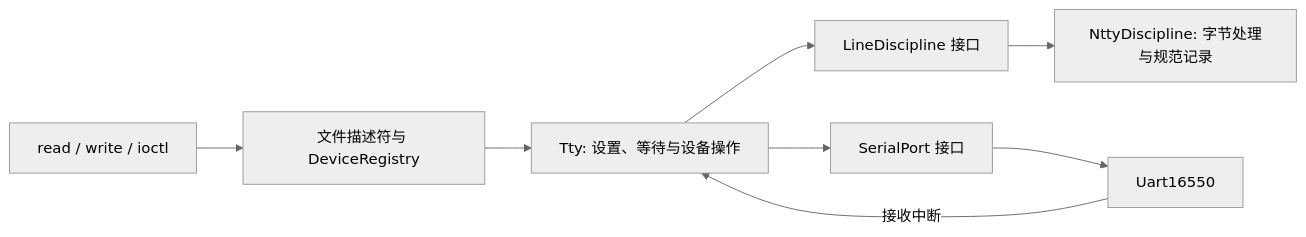
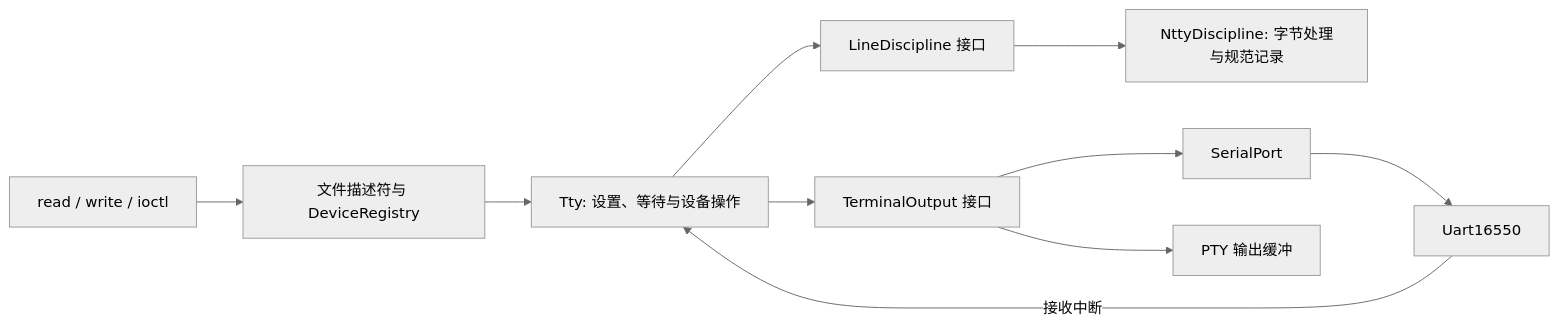
One commit to barrenham/xv6-cpp changed the diagram in kernel/drivers/tty/README.md. Above: the diagram before and after it, drawn with Mermaid (neutral theme). The commit also changed other lines of this file and 72 other files, not shown here.

````diff
--- a/kernel/drivers/tty/README.md
+++ b/kernel/drivers/tty/README.md
@@ -9,10 +9,12 @@
 ```mermaid
 flowchart LR
   U[read / write / ioctl] --> F[文件描述符与 DeviceRegistry]
   F --> T[Tty: 设置、等待与设备操作]
   T --> L[LineDiscipline 接口]
   L --> N[NttyDiscipline: 字节处理与规范记录]
-  T --> S[SerialPort 接口]
+  T --> O[TerminalOutput 接口]
+  O --> S[SerialPort]
   S --> H[Uart16550]
+  O --> P[PTY 输出缓冲]
   H -->|接收中断| T
 ```
````
